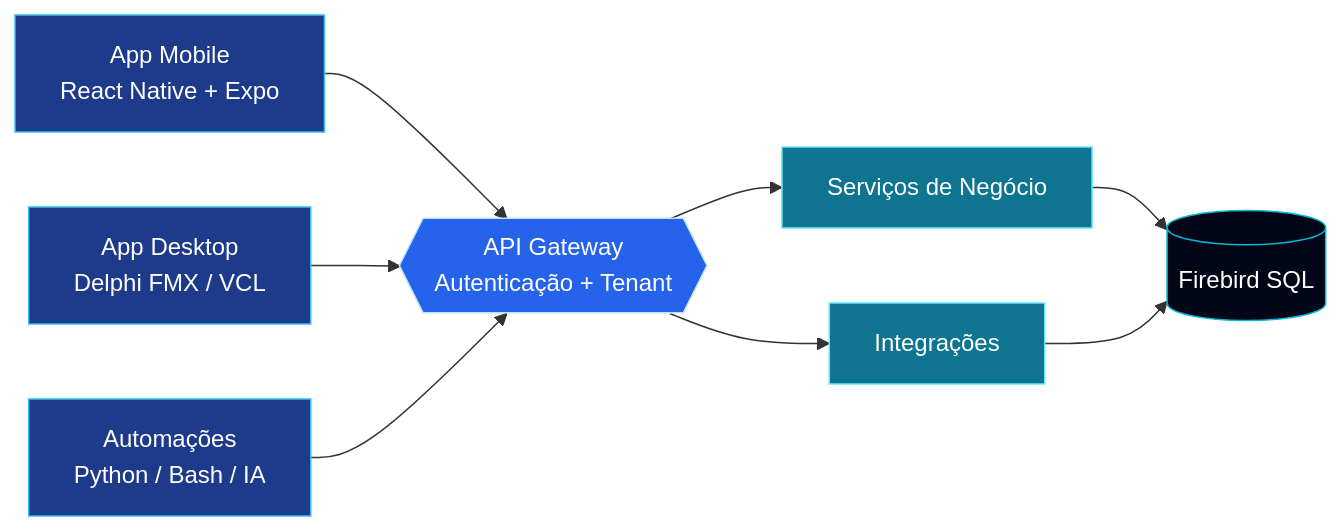
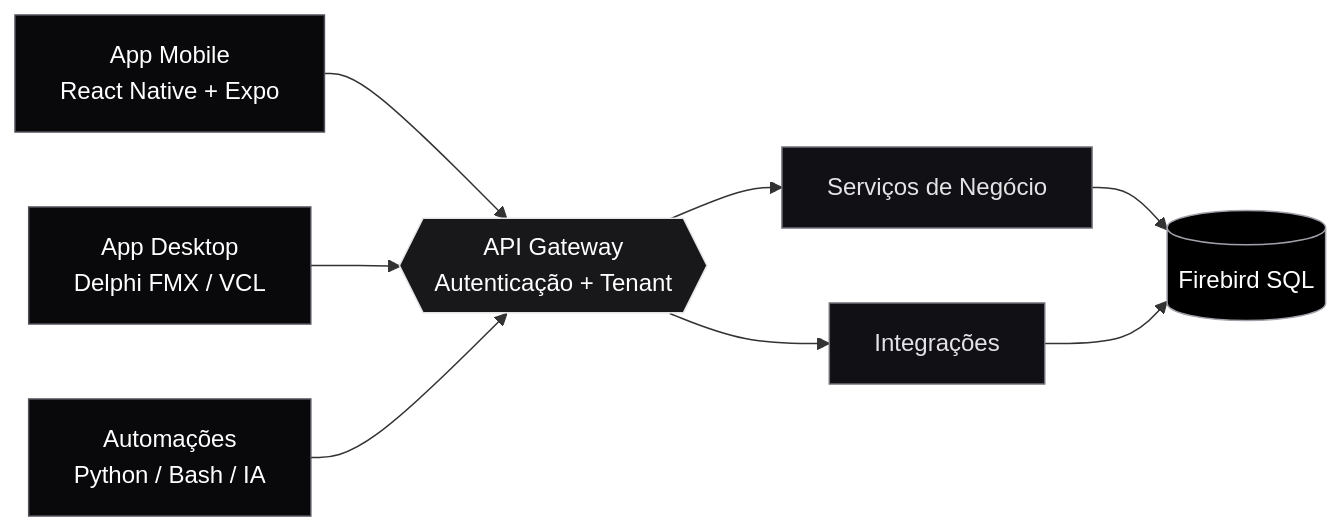
Before and after one commit to dreyranos/dreyranos: the first of 2 diagrams in README.md, drawn with Mermaid. The commit also changed other lines of this file, not shown here.

````diff
--- a/README.md
+++ b/README.md
@@ -78,15 +118,15 @@
 ```mermaid
 flowchart LR
     A[App Mobile<br/>React Native + Expo]:::client --> G
     B[App Desktop<br/>Delphi FMX / VCL]:::client --> G
     C[Automações<br/>Python / Bash / IA]:::client --> G
     G{{API Gateway<br/>Autenticação + Tenant}}:::core --> S1[Serviços de Negócio]:::svc
     G --> S2[Integrações]:::svc
     S1 --> D[(Firebird SQL)]:::data
     S2 --> D
 
-    classDef client fill:#1e3a8a,stroke:#38bdf8,color:#ffffff
-    classDef core fill:#2563eb,stroke:#bae6fd,color:#ffffff
-    classDef svc fill:#0e7490,stroke:#67e8f9,color:#ffffff
-    classDef data fill:#020617,stroke:#06b6d4,color:#ffffff
+    classDef client fill:#09090b,stroke:#52525b,color:#ffffff
+    classDef core fill:#18181b,stroke:#e4e4e7,color:#ffffff
+    classDef svc fill:#111115,stroke:#71717a,color:#e4e4e7
+    classDef data fill:#000000,stroke:#a1a1aa,color:#ffffff
 ```
````
